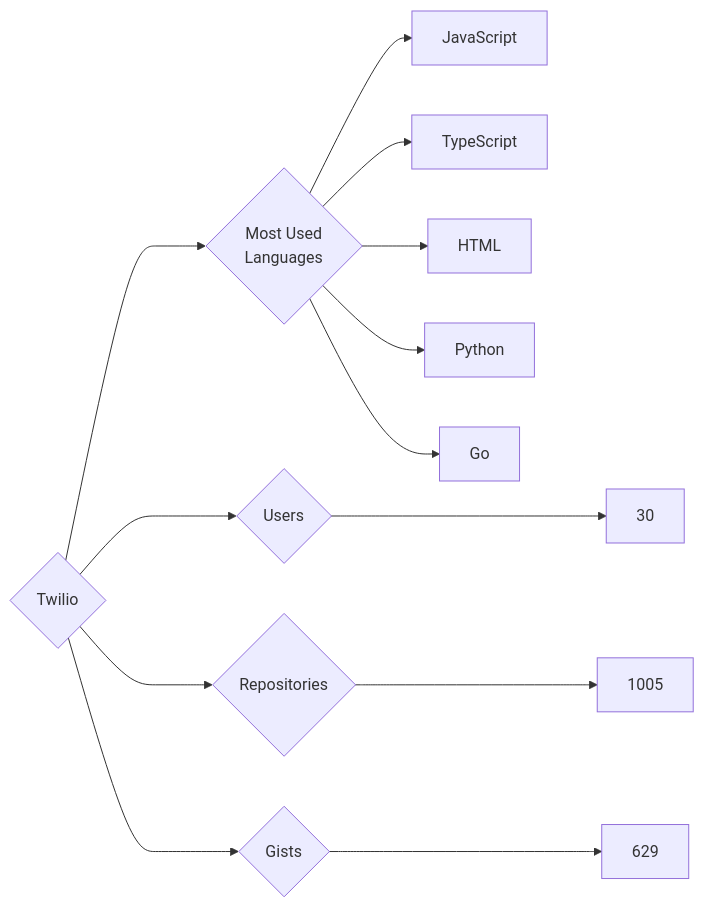
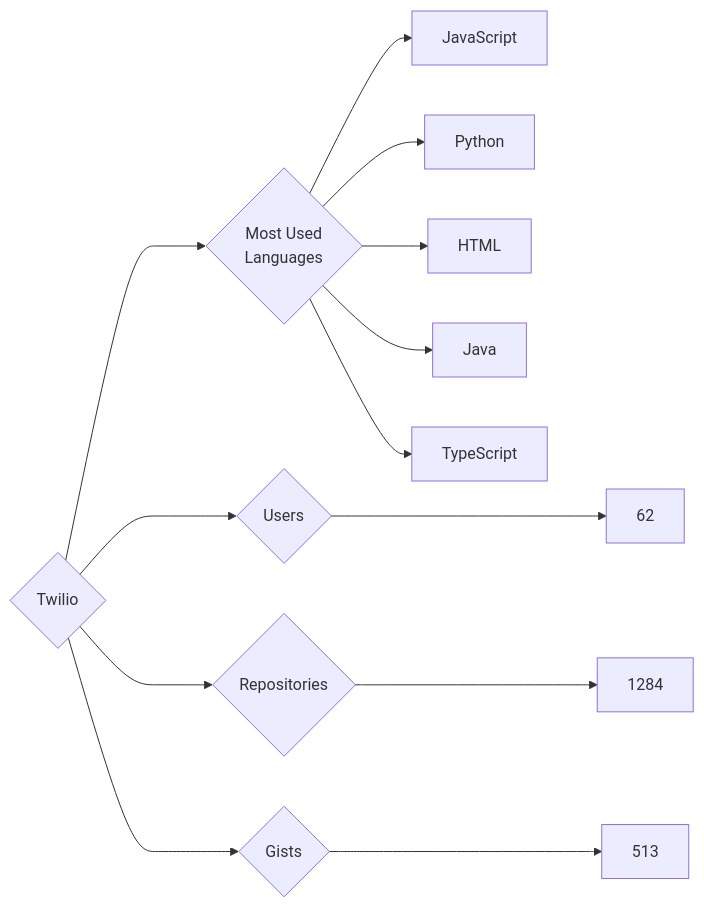
One commit to trickest/insiders changed the diagram in targets/Twilio/README.md. Above: the diagram before and after it, drawn with Mermaid. The commit also changed 898 other files, not shown here.

````diff
--- a/targets/Twilio/README.md
+++ b/targets/Twilio/README.md
@@ -3,13 +3,13 @@
 ```mermaid
 graph LR
 COMPANY_NAME{Twilio}
-COMPANY_NAME ---> U{Users} ---> UN[30]
-COMPANY_NAME ---> R{Repositories} ---> RN[1005]
-COMPANY_NAME ---> G{Gists} ---> GN[629]
+COMPANY_NAME ---> U{Users} ---> UN[62]
+COMPANY_NAME ---> R{Repositories} ---> RN[1284]
+COMPANY_NAME ---> G{Gists} ---> GN[513]
 COMPANY_NAME ---> ML{Most Used<br>Languages}
 ML --> JavaScript[JavaScript]
+ML --> Python[Python]
+ML --> HTML[HTML]
+ML --> Java[Java]
 ML --> TypeScript[TypeScript]
-ML --> HTML[HTML]
-ML --> Python[Python]
-ML --> Go[Go]
 ```
````
